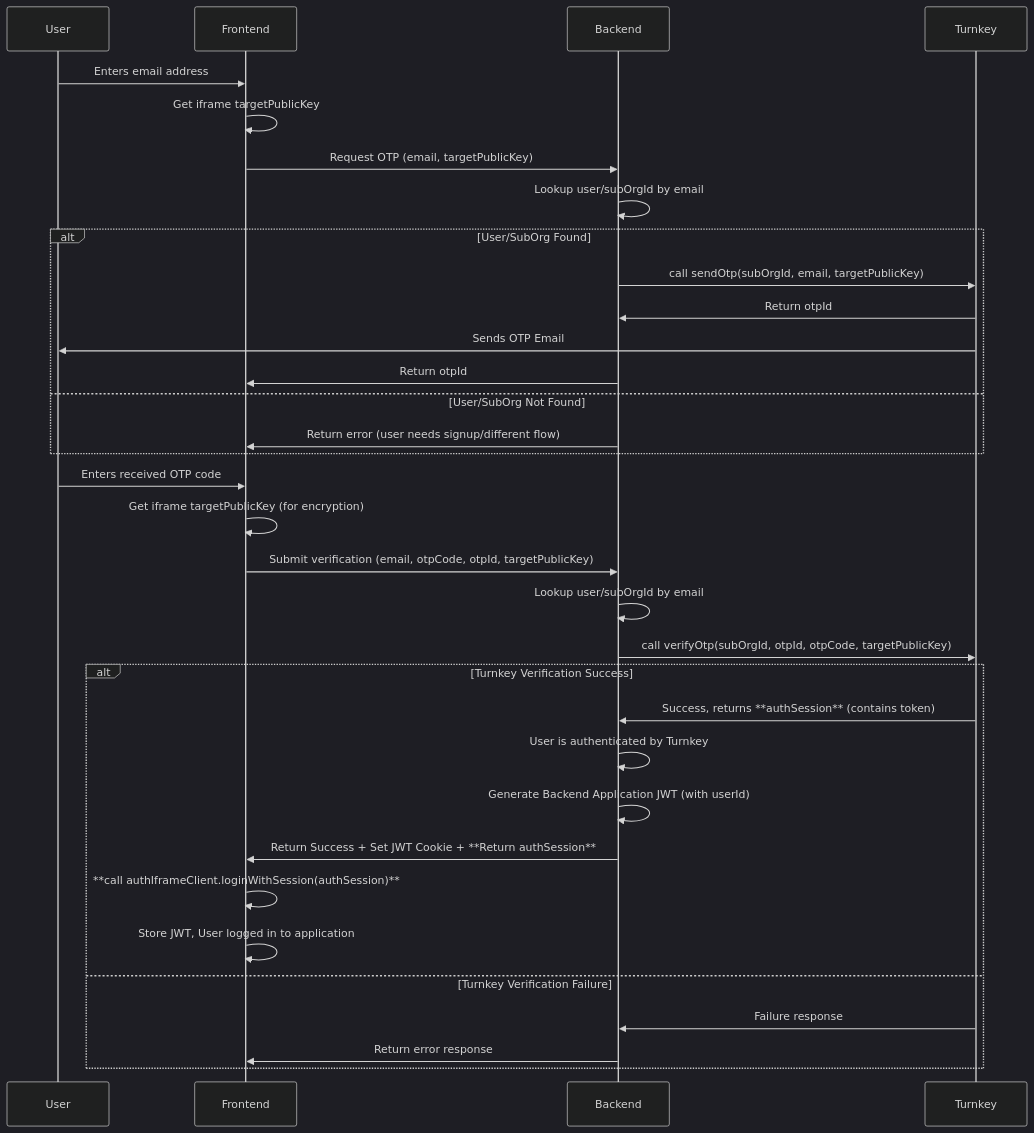
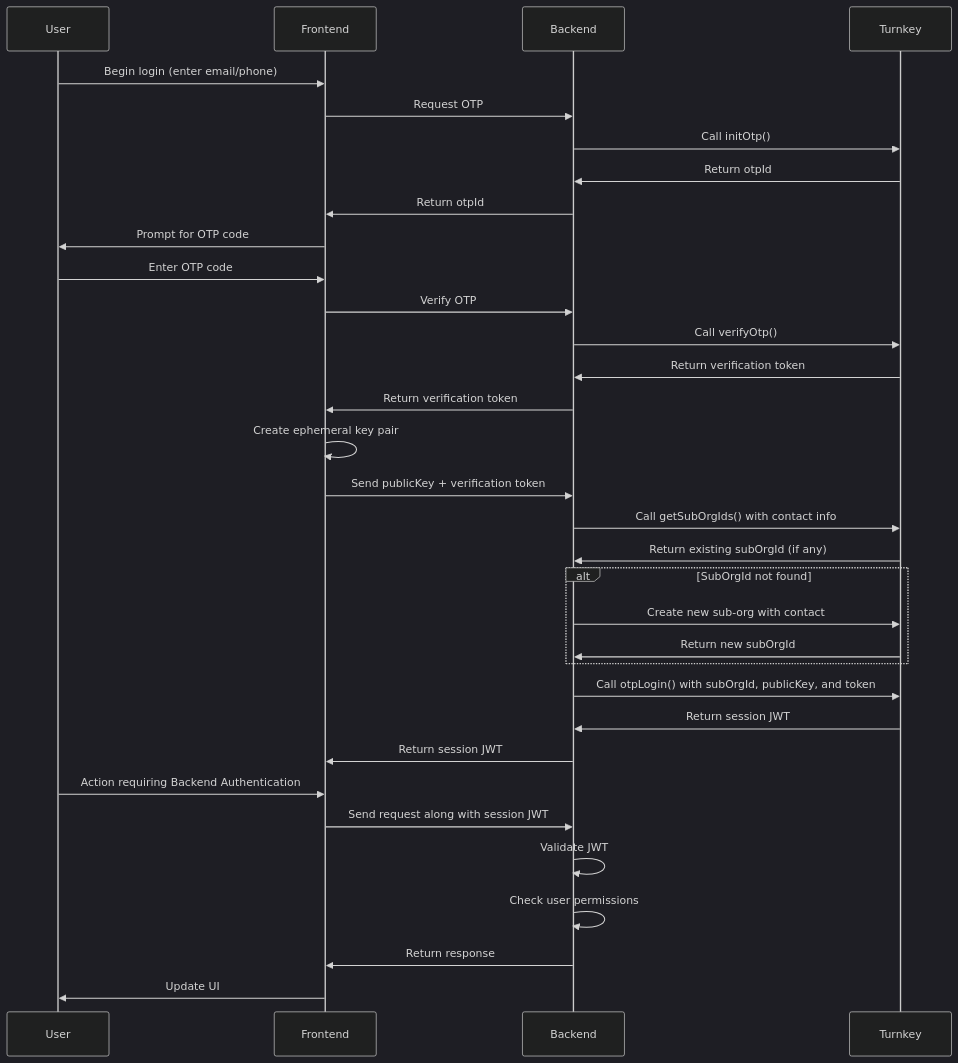
One commit to tkhq/docs changed the fourth of 4 diagrams in authentication/backend-setup.mdx. Above: the diagram before and after it, drawn with Mermaid (dark theme). The commit also changed other lines of this file, not shown here.

Commit message:
updated guide for backend auth

````diff
--- a/authentication/backend-setup.mdx
+++ b/authentication/backend-setup.mdx
@@ -381,39 +156,36 @@
 ```mermaid
 sequenceDiagram
     participant User
     participant Frontend
     participant Backend
     participant Turnkey
 
-    %% OTP Request Phase
-    User->>Frontend: Enters email address
-    Frontend->>Frontend: Get iframe targetPublicKey
-    Frontend->>Backend: Request OTP (email, targetPublicKey)
-    Backend->>Backend: Lookup user/subOrgId by email
-    alt User/SubOrg Found
-        Backend->>Turnkey: call sendOtp(subOrgId, email, targetPublicKey)
-        Turnkey->>Backend: Return otpId
-        Turnkey->>User: Sends OTP Email
-        Backend->>Frontend: Return otpId
-    else User/SubOrg Not Found
-        Backend->>Frontend: Return error (user needs signup/different flow)
+    User->>Frontend: Begin login (enter email/phone)
+    Frontend->>Backend: Request OTP
+    Backend->>Turnkey: Call initOtp()
+    Turnkey->>Backend: Return otpId
+    Backend->>Frontend: Return otpId
+    Frontend->>User: Prompt for OTP code
+    User->>Frontend: Enter OTP code
+    Frontend->>Backend: Verify OTP
+    Backend->>Turnkey: Call verifyOtp()
+    Turnkey->>Backend: Return verification token
+    Backend->>Frontend: Return verification token
+    Frontend->>Frontend: Create ephemeral key pair
+    Frontend->>Backend: Send publicKey + verification token
+    Backend->>Turnkey: Call getSubOrgIds() with contact info
+    Turnkey->>Backend: Return existing subOrgId (if any)
+    alt SubOrgId not found
+        Backend->>Turnkey: Create new sub-org with contact
+        Turnkey->>Backend: Return new subOrgId
     end
-
-    %% OTP Verification & Login Phase
-    User->>Frontend: Enters received OTP code
-    Frontend->>Frontend: Get iframe targetPublicKey (for encryption)
-    Frontend->>Backend: Submit verification (email, otpCode, otpId, targetPublicKey)
-    Backend->>Backend: Lookup user/subOrgId by email
-    Backend->>Turnkey: call verifyOtp(subOrgId, otpId, otpCode, targetPublicKey)
-    alt Turnkey Verification Success
-        Turnkey->>Backend: Success, returns **authSession** (contains token)
-        Backend->>Backend: User is authenticated by Turnkey
-        Backend->>Backend: Generate Backend Application JWT (with userId)
-        Backend->>Frontend: Return Success + Set JWT Cookie + **Return authSession**
-        Frontend->>Frontend: **call authIframeClient.loginWithSession(authSession)**
-        Frontend->>Frontend: Store JWT, User logged in to application
-    else Turnkey Verification Failure
-        Turnkey->>Backend: Failure response
-        Backend->>Frontend: Return error response
-    end
+    Backend->>Turnkey: Call otpLogin() with subOrgId, publicKey, and token
+    Turnkey->>Backend: Return session JWT
+    Backend->>Frontend: Return session JWT
+    User->>Frontend: Action requiring Backend Authentication
+    Frontend->>Backend: Send request along with session JWT
+    Backend->>Backend: Validate JWT
+    Backend->>Backend: Check user permissions
+    Backend->>Frontend: Return response
+    Frontend->>User: Update UI
 ```
````
